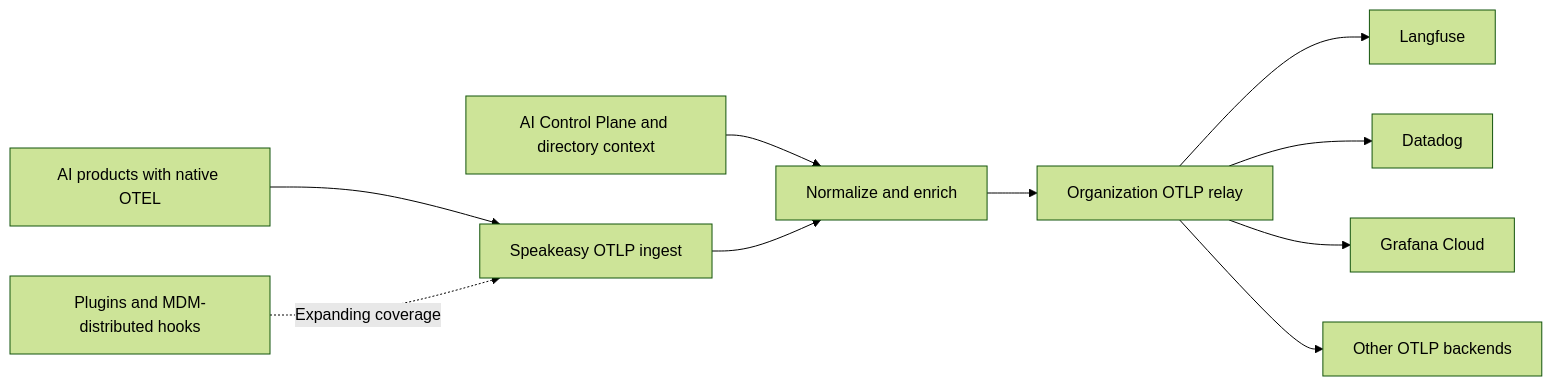
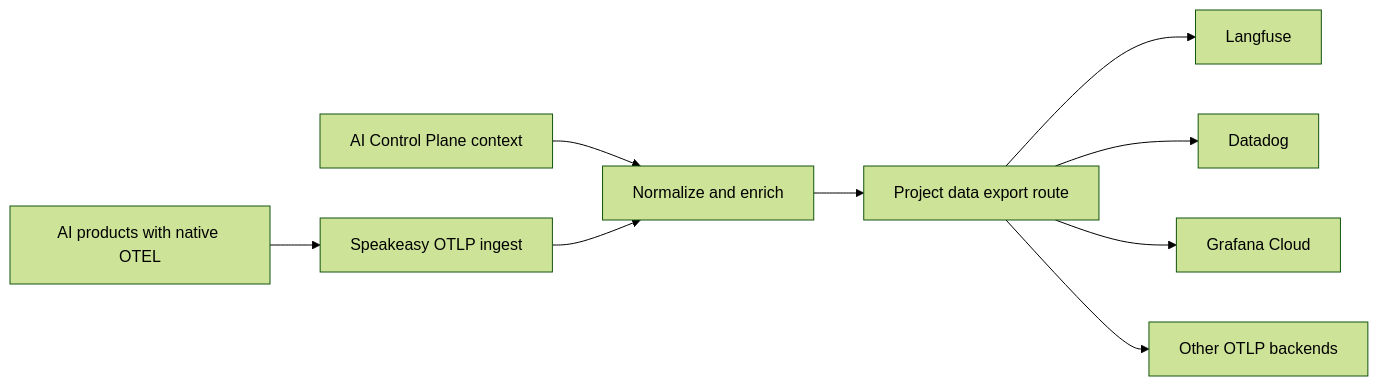
Before and after one commit to speakeasy-api/developer-docs: the diagram in docs/ai-control-plane/observe/opentelemetry.mdx, drawn with Mermaid (forest theme). The commit also changed other lines of this file and 14 other files, not shown here.

````diff
--- a/docs/ai-control-plane/observe/opentelemetry.mdx
+++ b/docs/ai-control-plane/observe/opentelemetry.mdx
@@ -23,12 +25,11 @@
 ```mermaid
 flowchart LR
     A[AI products with native OTEL] --> I[Speakeasy OTLP ingest]
-    H[Plugins and MDM-distributed hooks] -. Expanding coverage .-> I
-    C[AI Control Plane and directory context] --> E[Normalize and enrich]
-    I --> E
-    E --> R[Organization OTLP relay]
+    C[AI Control Plane context] --> N[Normalize and enrich]
+    I --> N
+    N --> R[Project data export route]
     R --> L[Langfuse]
     R --> D[Datadog]
     R --> G[Grafana Cloud]
     R --> O[Other OTLP backends]
 ```
````
